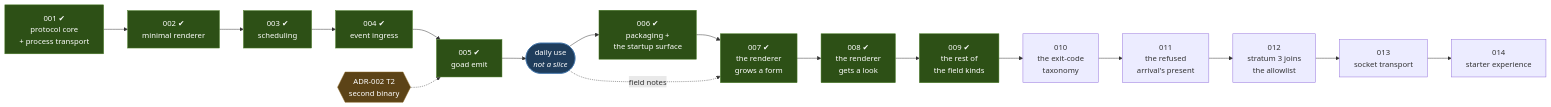
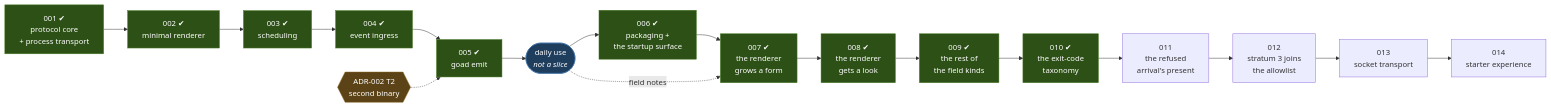
Before and after one commit to davidlee/goad: the diagram in docs/roadmap.md, drawn with Mermaid. The commit also changed other lines of this file and 10 other files, not shown here.

````diff
--- a/docs/roadmap.md
+++ b/docs/roadmap.md
@@ -145,32 +158,32 @@
 ```mermaid
 graph LR
   S1["001 ✔<br/>protocol core<br/>+ process transport"]
   S2["002 ✔<br/>minimal renderer"]
   S3["003 ✔<br/>scheduling"]
   S4["004 ✔<br/>event ingress"]
   S5["005 ✔<br/>goad emit"]
   USE(["daily use<br/><i>not a slice</i>"])
   S6["006 ✔<br/>packaging +<br/>the startup surface"]
   S7["007 ✔<br/>the renderer<br/>grows a form"]
   S8["008 ✔<br/>the renderer<br/>gets a look"]
   S9["009 ✔<br/>the rest of<br/>the field kinds"]
-  S10["010<br/>the exit-code<br/>taxonomy"]
+  S10["010 ✔<br/>the exit-code<br/>taxonomy"]
   S11["011<br/>the refused<br/>arrival's present"]
   S12["012<br/>stratum 3 joins<br/>the allowlist"]
   S13["013<br/>socket transport"]
   S14["014<br/>starter experience"]
 
   T2{{"ADR-002 T2<br/>second binary"}}
 
   S1 --> S2 --> S3 --> S4 --> S5 --> USE --> S6 --> S7 --> S8 --> S9 --> S10
   S10 --> S11 --> S12 --> S13 --> S14
   T2 -.-> S5
   USE -.->|field notes| S7
 
   classDef done fill:#2d5016,stroke:#4a7c26,color:#fff
   classDef trigger fill:#5c4317,stroke:#8a6620,color:#fff
   classDef use fill:#1f3d5c,stroke:#3a6ea5,color:#fff
-  class S1,S2,S3,S4,S5,S6,S7,S8,S9 done
+  class S1,S2,S3,S4,S5,S6,S7,S8,S9,S10 done
   class T2 trigger
   class USE use
 ```
````
